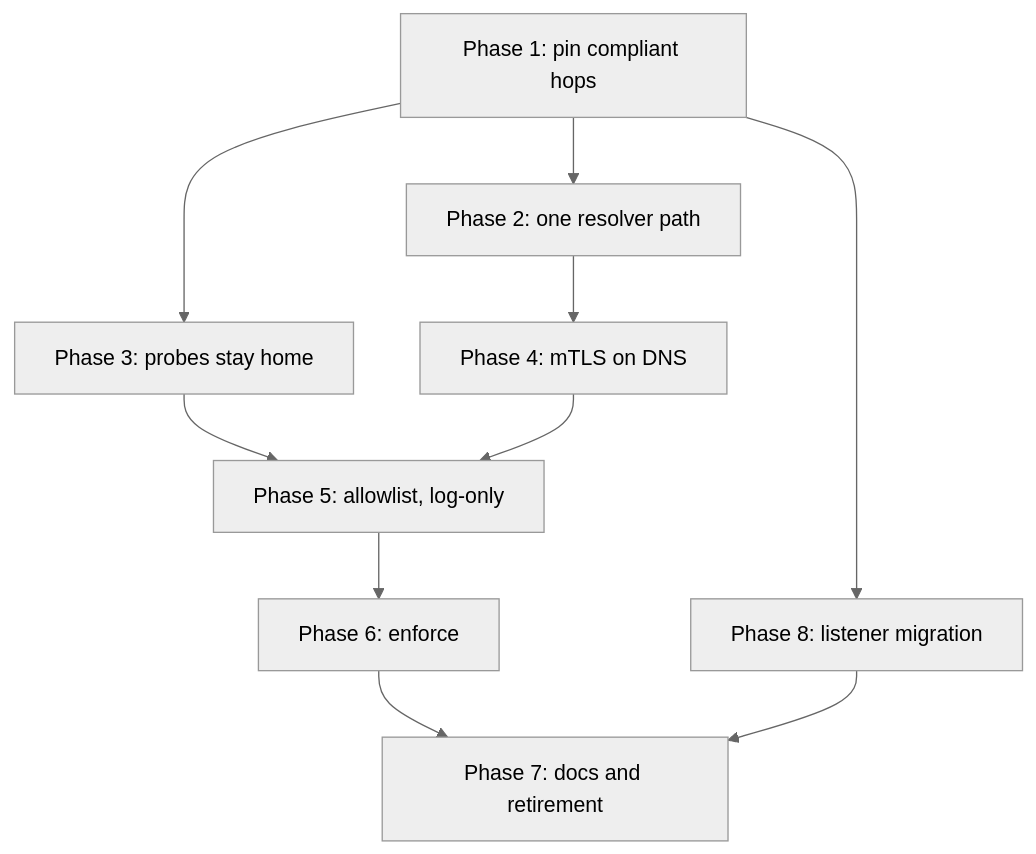
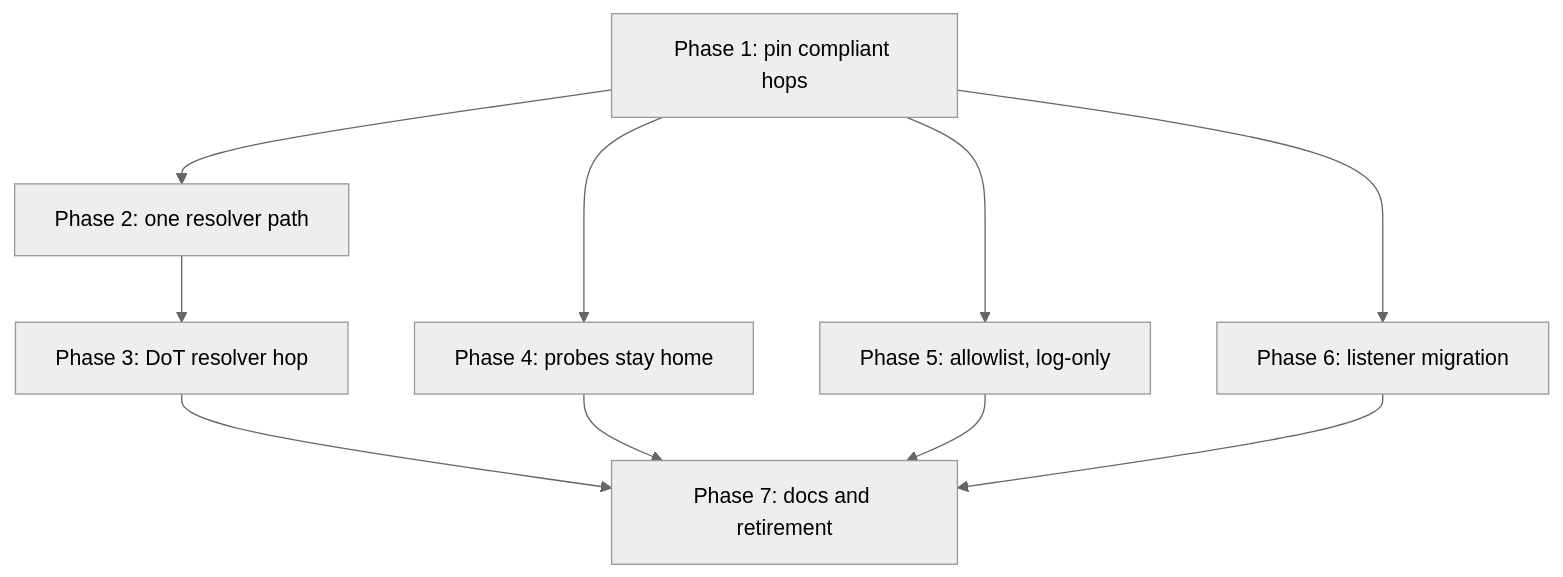
The second of 2 diagrams in docs/src/plans/inter-host-mtls-plan.md (categoricalcat/nixos), drawn with Mermaid (neutral theme) before and after one commit. The commit also changed other lines of this file and 7 other files, not shown here.

````diff
--- a/docs/src/plans/inter-host-mtls-plan.md
+++ b/docs/src/plans/inter-host-mtls-plan.md
@@ -502,21 +654,20 @@
 ```mermaid
 flowchart TD
     p1["Phase 1: pin compliant hops"]
     p2["Phase 2: one resolver path"]
-    p3["Phase 3: probes stay home"]
-    p4["Phase 4: mTLS on DNS"]
+    p3["Phase 3: DoT resolver hop"]
+    p4["Phase 4: probes stay home"]
     p5["Phase 5: allowlist, log-only"]
-    p6["Phase 6: enforce"]
+    p6["Phase 6: listener migration"]
     p7["Phase 7: docs and retirement"]
-    p8["Phase 8: listener migration"]
 
     p1 --> p2
-    p1 --> p3
-    p1 --> p8
-    p2 --> p4
-    p3 --> p5
-    p4 --> p5
-    p5 --> p6
+    p2 --> p3
+    p1 --> p4
+    p1 --> p5
+    p1 --> p6
+    p3 --> p7
+    p4 --> p7
+    p5 --> p7
     p6 --> p7
-    p8 --> p7
 ```
````
